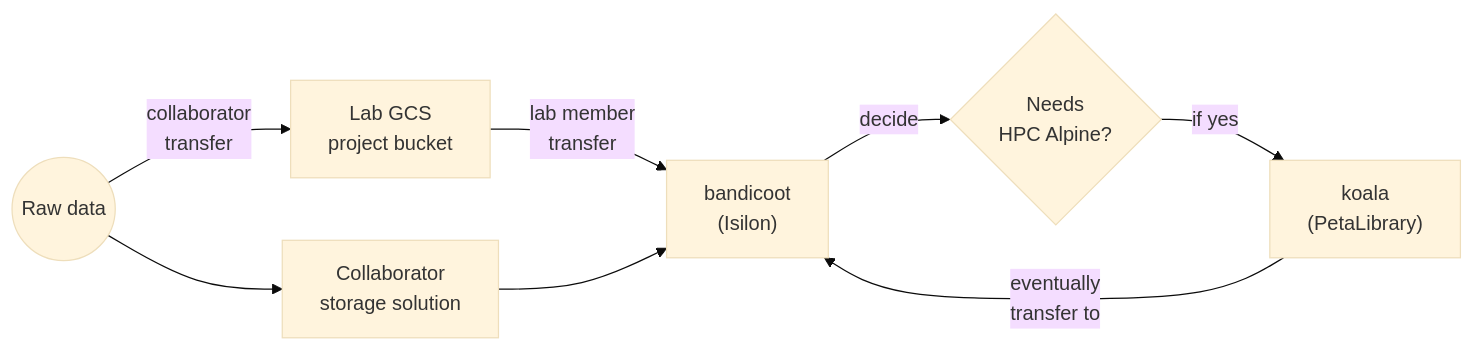
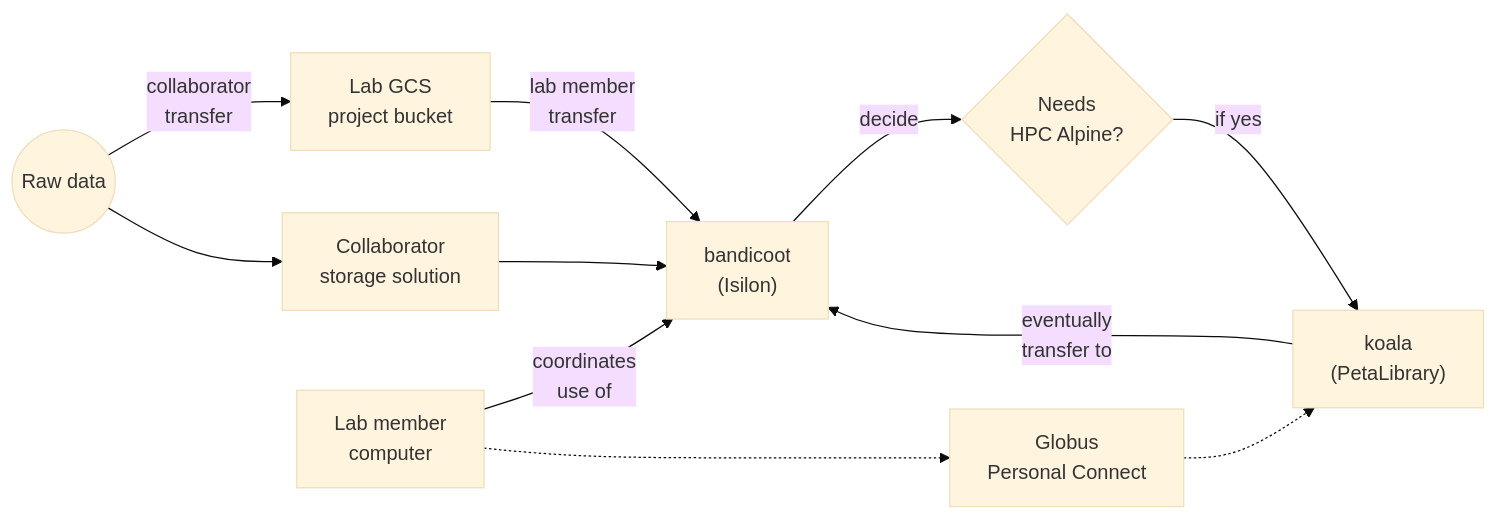
One commit to WayScience/playbooks changed the diagram in data_strategy.md. Above: the diagram before and after it, drawn with Mermaid (base theme). The commit also changed other lines of this file, not shown here.

````diff
--- a/data_strategy.md
+++ b/data_strategy.md
@@ -136,10 +136,13 @@
 ```mermaid
 flowchart LR
     raw((Raw data)) --> |collaborator<br>transfer| bucket[Lab GCS<br>project bucket]
     raw((Raw data)) -->  collab_storage[Collaborator<br>storage solution]
+    computer["Lab member<br>computer"] --> |coordinates<br>use of| bandicoot
     bucket --> |lab member<br>transfer| bandicoot["bandicoot<br>(Isilon)"]
     collab_storage --> bandicoot
     bandicoot --> |decide| decide_alpine{Needs<br>HPC Alpine?}
     decide_alpine --> |if yes| koala["koala<br>(PetaLibrary)"]
+    computer -.-> globus["Globus<br>Personal Connect"]
+    globus -.-> koala
     koala --> |eventually<br>transfer to| bandicoot
 ```
````
